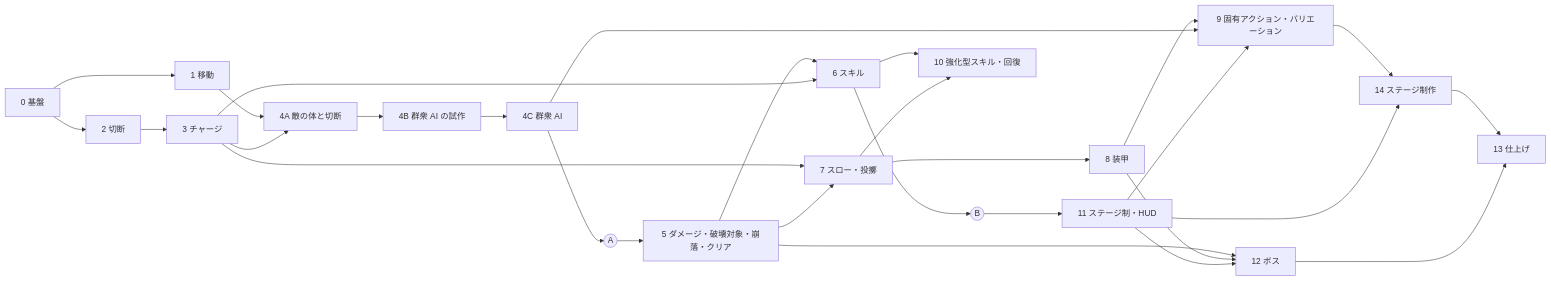
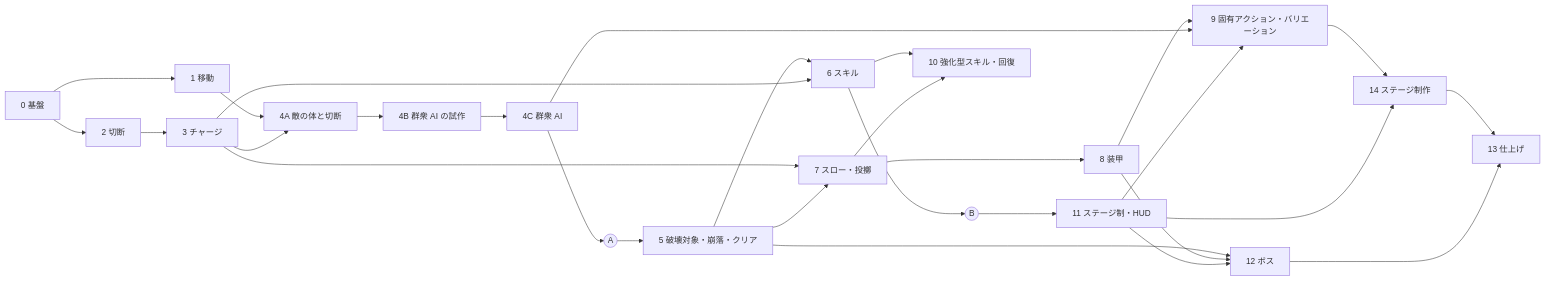
One commit to TaguchiRei/Kizami changed the diagram in Assets/Docs/InGame/InGameOverallPlan.md. Above: the diagram before and after it, drawn with Mermaid. The commit also changed other lines of this file and 1 other file, not shown here.

Commit message:
[update]計画書更新

````diff
--- a/Assets/Docs/InGame/InGameOverallPlan.md
+++ b/Assets/Docs/InGame/InGameOverallPlan.md
@@ -145,24 +145,24 @@
 ```mermaid
 flowchart LR
     S0[0 基盤] --> S1[1 移動]
     S0 --> S2[2 切断] --> S3[3 チャージ]
     S1 --> S4A[4A 敵の体と切断]
     S3 --> S4A
     S4A --> S4B[4B 群衆 AI の試作] --> S4C[4C 群衆 AI]
-    S4C --> MA((A)) --> S5[5 ダメージ・破壊対象・崩落・クリア] --> S6[6 スキル] --> MB((B))
+    S4C --> MA((A)) --> S5[5 破壊対象・崩落・クリア] --> S6[6 スキル] --> MB((B))
     S3 --> S6
     MB --> S11[11 ステージ制・HUD]
     S3 --> S7[7 スロー・投擲]
     S5 --> S7 --> S8[8 装甲] --> S9[9 固有アクション・バリエーション]
     S4C --> S9
     S11 --> S9
     S6 --> S10[10 強化型スキル・回復]
     S7 --> S10
     S9 --> S14[14 ステージ制作]
     S11 --> S14
     S5 --> S12[12 ボス]
     S8 --> S12
     S11 --> S12
     S14 --> S13[13 仕上げ]
     S12 --> S13
 ```
````
